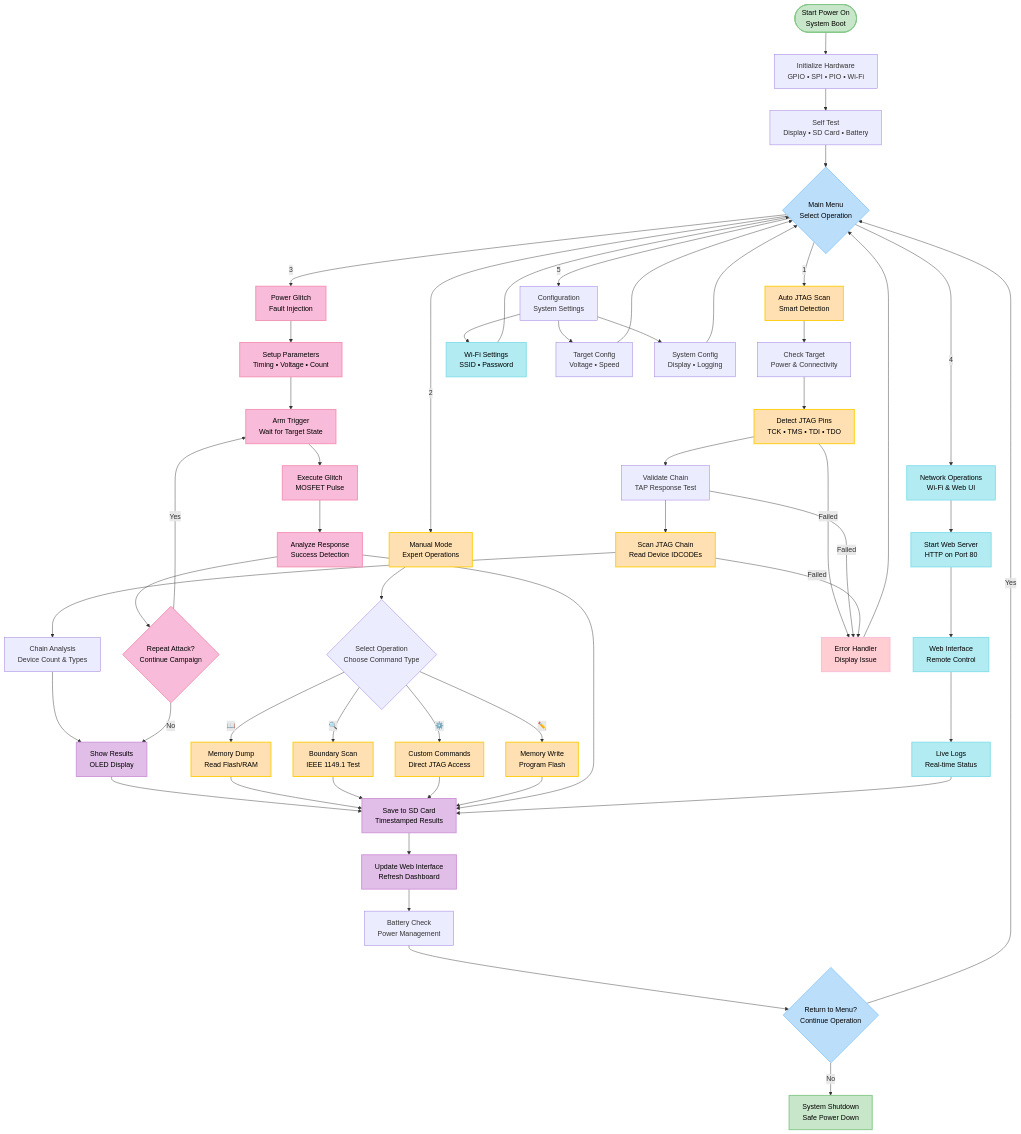
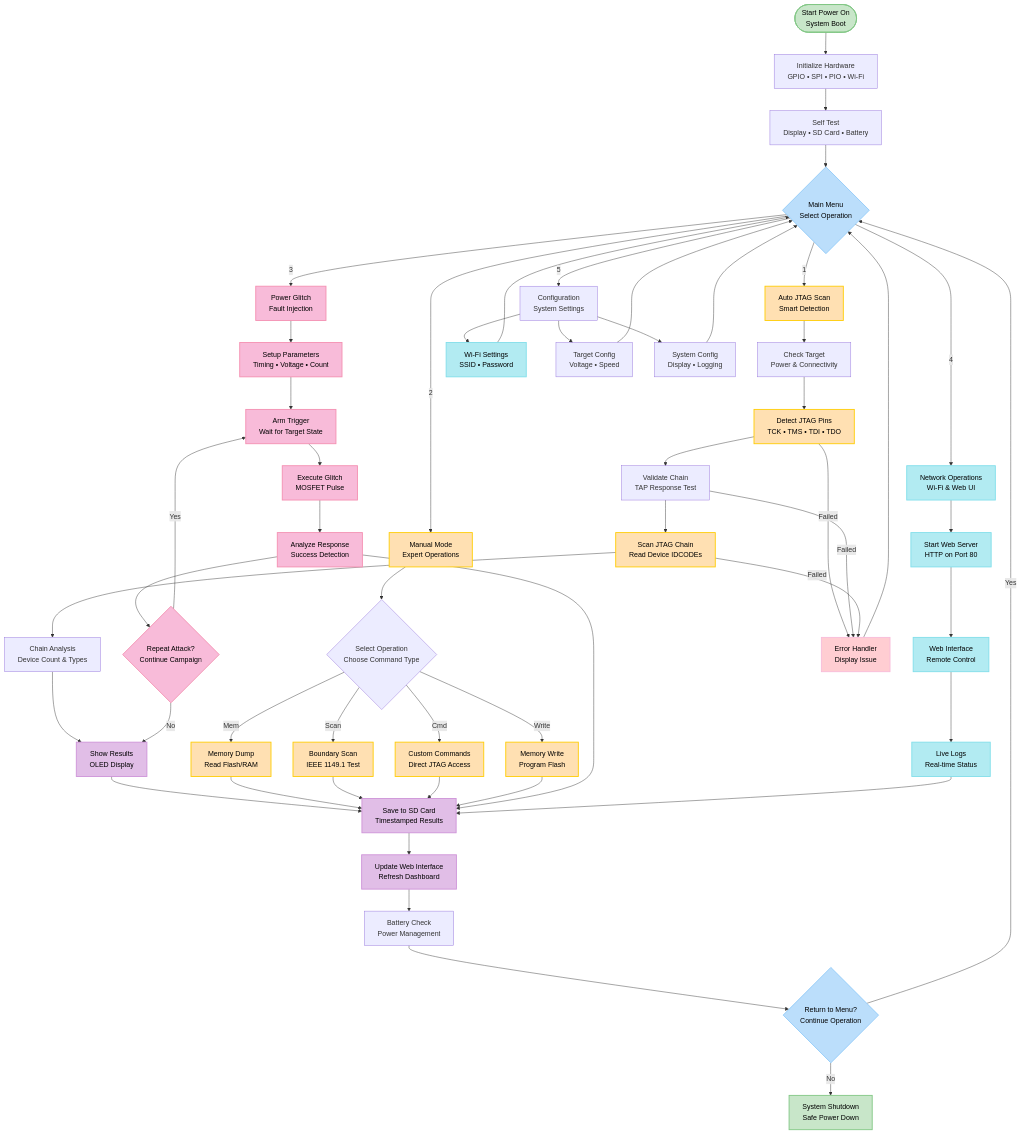
The sixth of 7 diagrams in docs/software.md (seedon198/KISS), drawn with Mermaid before and after one commit. The commit also changed other lines of this file and 12 other files, not shown here.

```diff
--- a/docs/software.md
+++ b/docs/software.md
@@ -467,10 +486,10 @@
     
     %% Manual Mode Flow
     Manual --> SelectOp{Select Operation<br/>Choose Command Type}
-    SelectOp -->|📖| MemDump[Memory Dump<br/>Read Flash/RAM]
-    SelectOp -->|🔍| BoundaryScan[Boundary Scan<br/>IEEE 1149.1 Test]
-    SelectOp -->|⚙️| CustomCmd[Custom Commands<br/>Direct JTAG Access]
-    SelectOp -->|✏️| MemWrite[Memory Write<br/>Program Flash]
+    SelectOp -->|Mem| MemDump[Memory Dump<br/>Read Flash/RAM]
+    SelectOp -->|Scan| BoundaryScan[Boundary Scan<br/>IEEE 1149.1 Test]
+    SelectOp -->|Cmd| CustomCmd[Custom Commands<br/>Direct JTAG Access]
+    SelectOp -->|Write| MemWrite[Memory Write<br/>Program Flash]
     
     %% Glitch Attack Flow
     Glitch --> GlitchSetup[Setup Parameters<br/>Timing • Voltage • Count]
```
